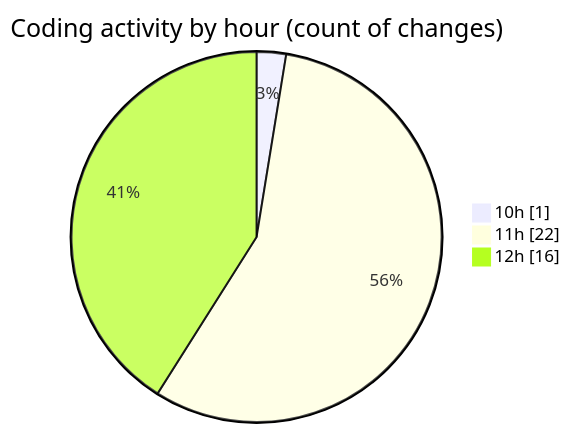
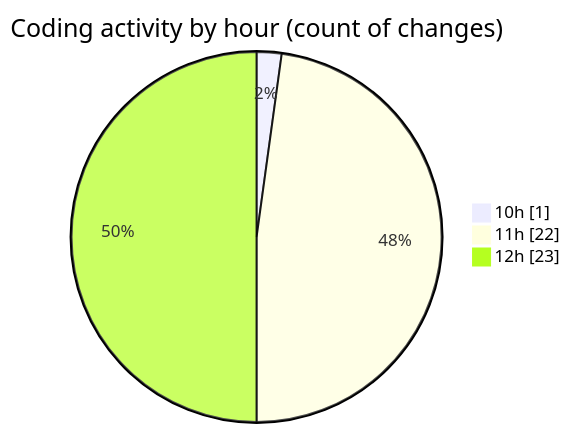
Before and after one commit to nxtqubesakshisongat/code-tracking: the second of 2 diagrams in 2025-07-27/nxtqube_webapp/README.md, drawn with Mermaid. The commit also changed other lines of this file and 1 other file, not shown here.

````diff
--- a/2025-07-27/nxtqube_webapp/README.md
+++ b/2025-07-27/nxtqube_webapp/README.md
@@ -33,7 +33,7 @@
 ```mermaid
 pie showData
 title Coding activity by hour (count of changes)
 "10h" : 1
 "11h" : 22
-"12h" : 16
+"12h" : 23
 ```
````
